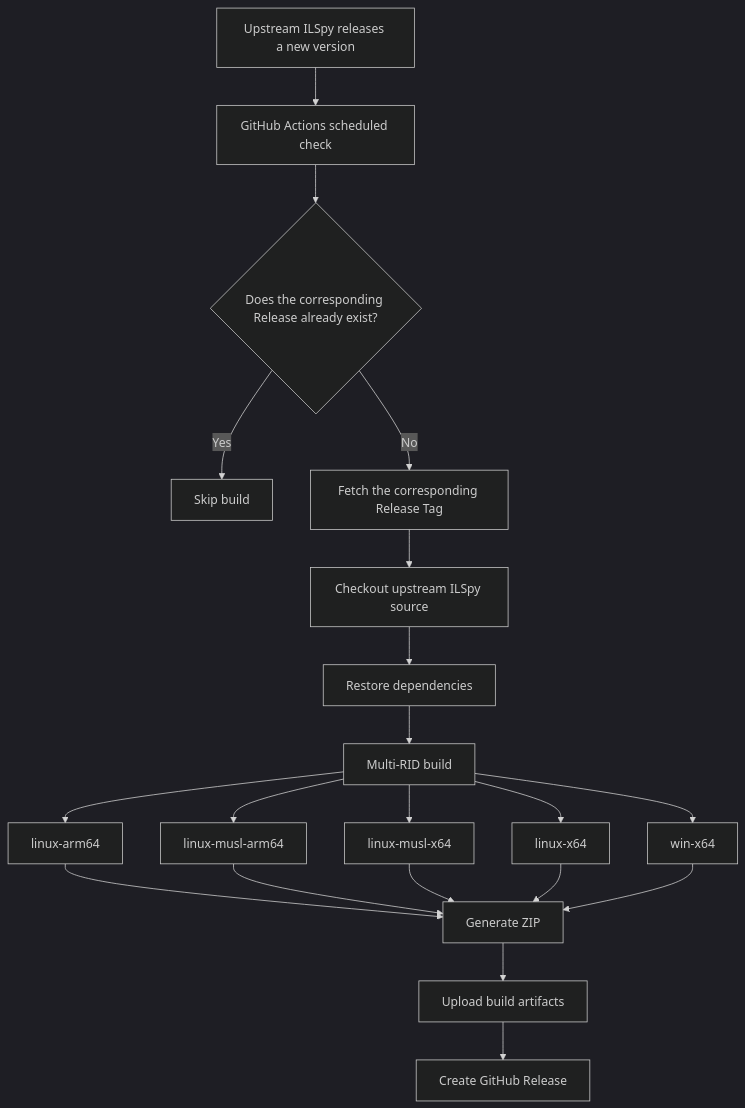
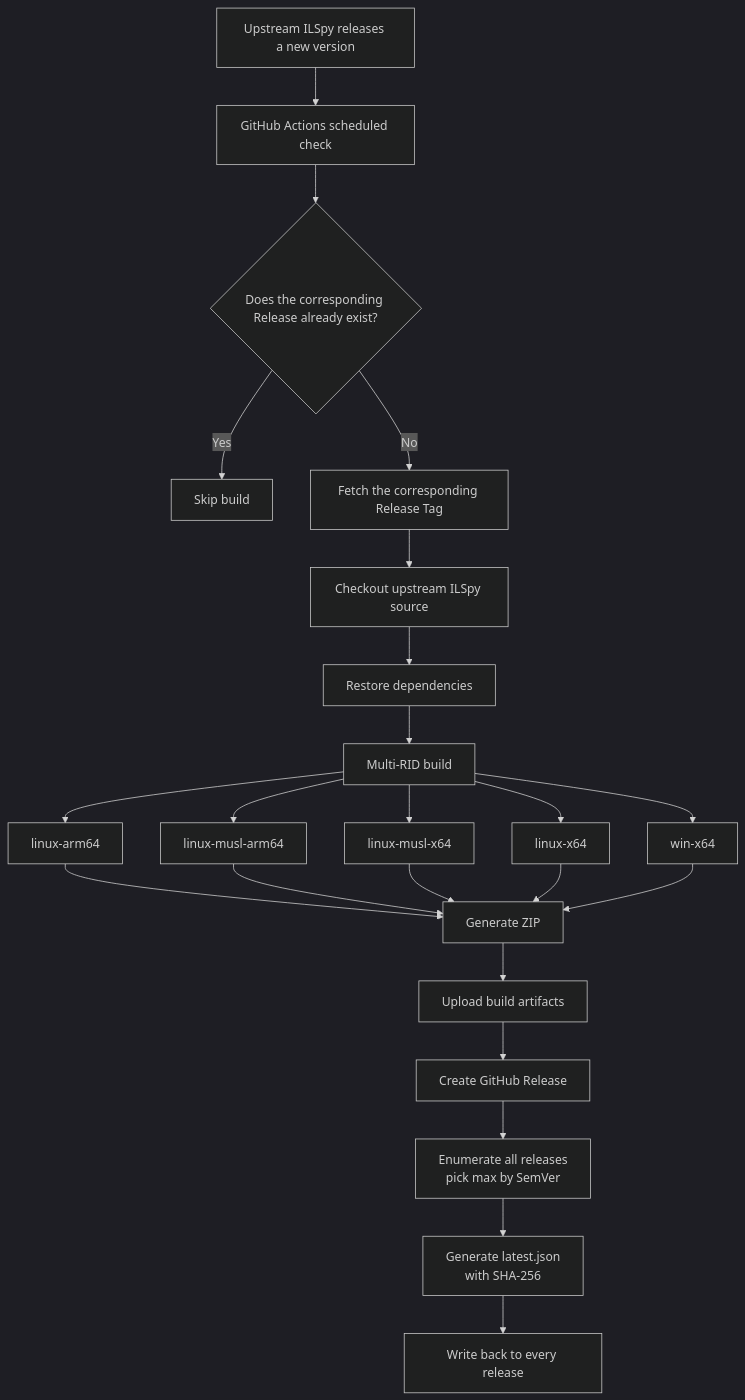
One commit to taozhiyu/ILSpy-Binaries changed the second of 2 diagrams in README.md. Above: the diagram before and after it, drawn with Mermaid (dark theme). The commit also changed other lines of this file and 4 other files, not shown here.

First line of the commit message:
feat(latest.json): 引入 SemVer 解析的版本清单 + 内嵌 GPL 许可全文

````diff
--- a/README.md
+++ b/README.md
@@ -104,27 +200,29 @@
 ```mermaid
 flowchart TD
     A["Upstream ILSpy releases a new version"] --> B["GitHub Actions scheduled check"]
     B --> C{"Does the corresponding Release already exist?"}
-
     C -->|Yes| D["Skip build"]
     C -->|No| E["Fetch the corresponding Release Tag"]
 
     E --> F["Checkout upstream ILSpy source"]
     F --> G["Restore dependencies"]
     G --> H["Multi-RID build"]
 
     H --> I["linux-arm64"]
     H --> J["linux-musl-arm64"]
     H --> K["linux-musl-x64"]
     H --> L["linux-x64"]
     H --> M["win-x64"]
 
     I --> N["Generate ZIP"]
     J --> N
     K --> N
     L --> N
     M --> N
 
     N --> O["Upload build artifacts"]
     O --> P["Create GitHub Release"]
+    P --> Q["Enumerate all releases<br/>pick max by SemVer"]
+    Q --> R["Generate latest.json<br/>with SHA-256"]
+    R --> S["Write back to every release"]
 ```
````
